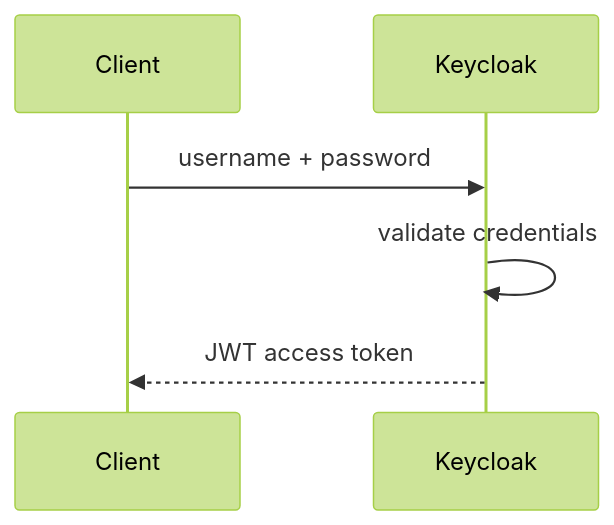
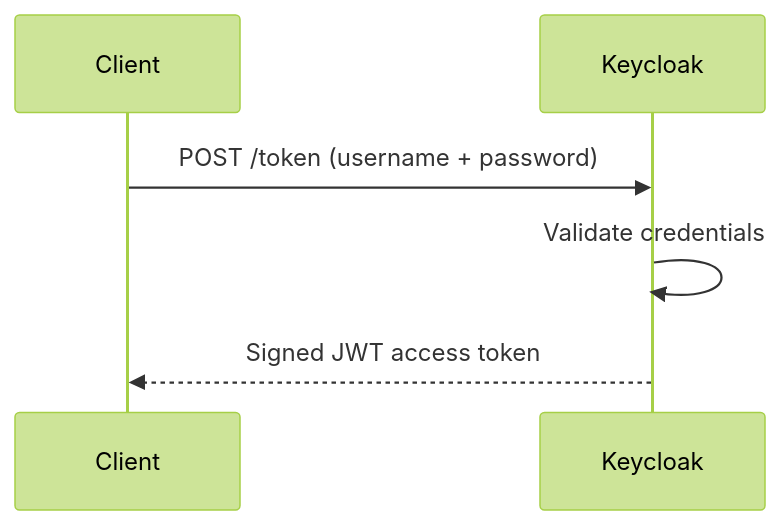
The second of 5 diagrams in docs/03-request-flows.md (geekchow/micro-service-auth), drawn with Mermaid (forest theme) before and after one commit. The commit also changed other lines of this file, not shown here.

Commit message:
docs: rewrite 03 request flows with template

````diff
--- a/docs/03-request-flows.md
+++ b/docs/03-request-flows.md
@@ -45,9 +50,9 @@
 ```mermaid
 sequenceDiagram
     participant C as Client
     participant K as Keycloak
 
-    C->>K: username + password
-    K->>K: validate credentials
-    K-->>C: JWT access token
+    C->>K: POST /token  (username + password)
+    K->>K: Validate credentials
+    K-->>C: Signed JWT access token
 ```
````
